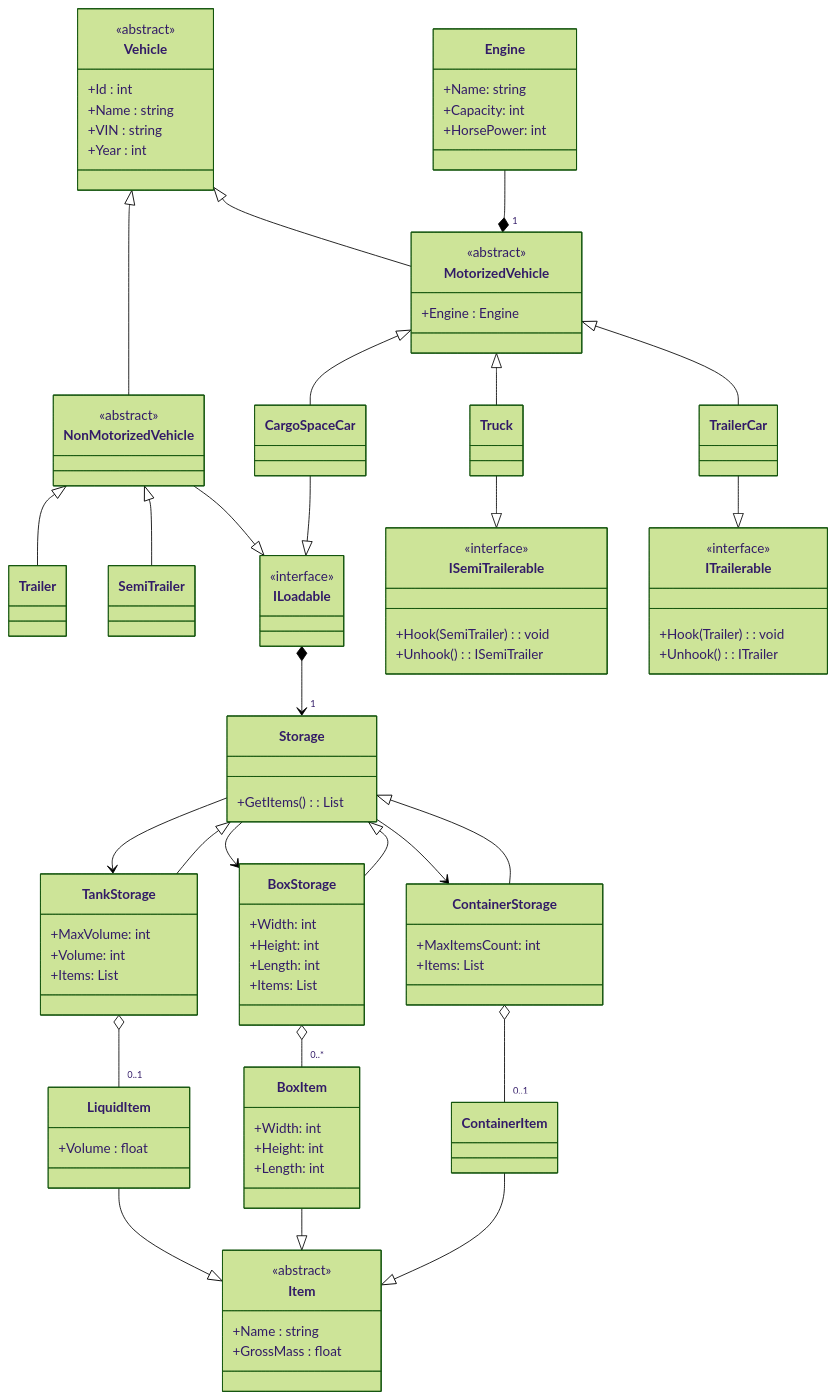
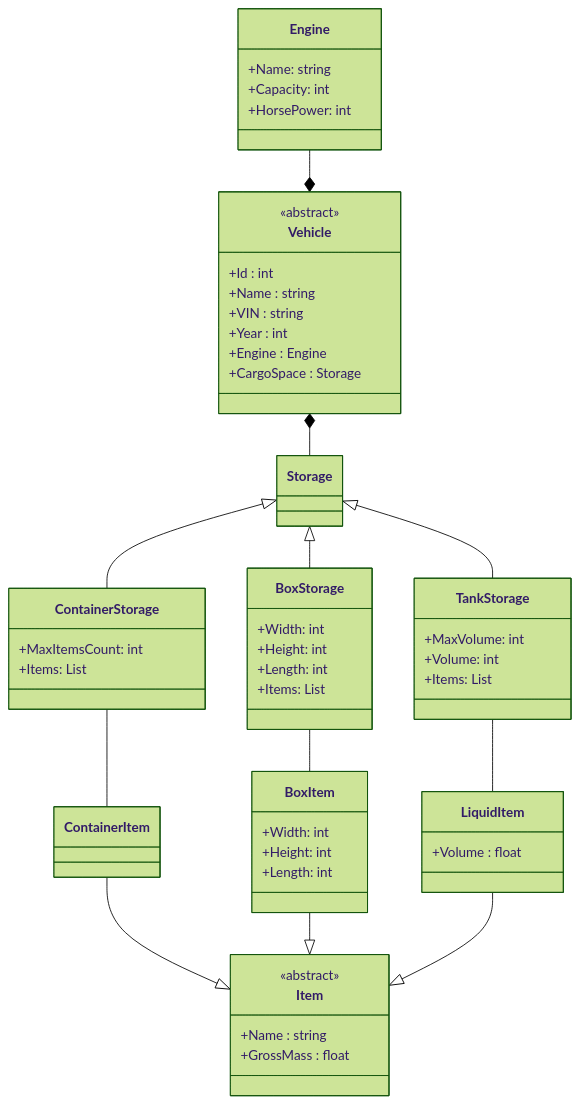
One commit to Ch3shireDev/WIT-Zajecia changed the first of 3 diagrams in semestr-5/Inzynieria oprogramowania/lab/specyfikacja_wymagan_v0_0_5.md. Above: the diagram before and after it, drawn with Mermaid (forest theme). The commit also changed other lines of this file and 23 other files, not shown here.

Commit message:
Dodane diagramy

````diff
--- a/semestr-5/Inzynieria oprogramowania/lab/specyfikacja_wymagan_v0_0_5.md
+++ b/semestr-5/Inzynieria oprogramowania/lab/specyfikacja_wymagan_v0_0_5.md
@@ -27,67 +4,19 @@
 ```mermaid
 classDiagram
-    Engine --* "1" MotorizedVehicle
-    Vehicle <|-- MotorizedVehicle
-    Vehicle <|-- NonMotorizedVehicle
-    MotorizedVehicle <|-- CargoSpaceCar
-    NonMotorizedVehicle <|-- Trailer
-    NonMotorizedVehicle <|-- SemiTrailer
-    MotorizedVehicle <|-- Truck
-    MotorizedVehicle <|-- TrailerCar
-    CargoSpaceCar --|> ILoadable
-    ILoadable *--> "1" Storage
-    NonMotorizedVehicle --|> ILoadable
-    Truck --|> ISemiTrailerable
-    TrailerCar --|> ITrailerable
+    Engine --* Vehicle
+    Vehicle *-- Storage
+   
+    Storage <|-- ContainerStorage
+    Storage <|-- BoxStorage
+    Storage <|-- TankStorage
 
-    <<interface>> ILoadable
     <<abstract>> Vehicle
-    <<abstract>> MotorizedVehicle
-    <<abstract>> NonMotorizedVehicle
-
-    class Vehicle{
-      +Id : int
-      +Name : string
-      +VIN : string
-      +Year : int
-    }
 
     class Engine{
       +Name: string
       +Capacity: int
       +HorsePower: int
     }
-
-    class MotorizedVehicle{
-      +Engine : Engine
-    }
-
-    class ITrailerable{
-      +Hook(Trailer) : void
-      +Unhook() : ITrailer
-    }
-    <<interface>> ITrailerable
-
-    class ISemiTrailerable{
-      +Hook(SemiTrailer) : void
-      +Unhook() : ISemiTrailer
-    }
-
-    <<interface>> ISemiTrailerable
-
-    class Storage{
-      +GetItems(): List<Item>
-    }
-
-    Storage <|-- ContainerStorage
-    Storage <|-- BoxStorage
-    Storage <|-- TankStorage
-    Storage --> ContainerStorage
-    Storage --> BoxStorage
-    Storage --> TankStorage
-    %%ISemiTrailerable --> SemiTrailer
-    %%ITrailerable --> Trailer
-
 
     class ContainerStorage{
       +MaxItemsCount: int
@@ -124,11 +53,20 @@
 
     <<abstract>> Item
 
-    ContainerStorage o-- "0..1" ContainerItem
-    BoxStorage o-- "0..*" BoxItem
-    TankStorage o-- "0..1" LiquidItem
+    ContainerStorage -- ContainerItem
+    BoxStorage -- BoxItem
+    TankStorage -- LiquidItem
     ContainerItem --|> Item
     BoxItem --|> Item
     LiquidItem --|> Item
 
+    class Vehicle{
+      +Id : int
+      +Name : string
+      +VIN : string
+      +Year : int
+      +Engine : Engine
+      +CargoSpace : Storage
+    }
+    
 ```
````
